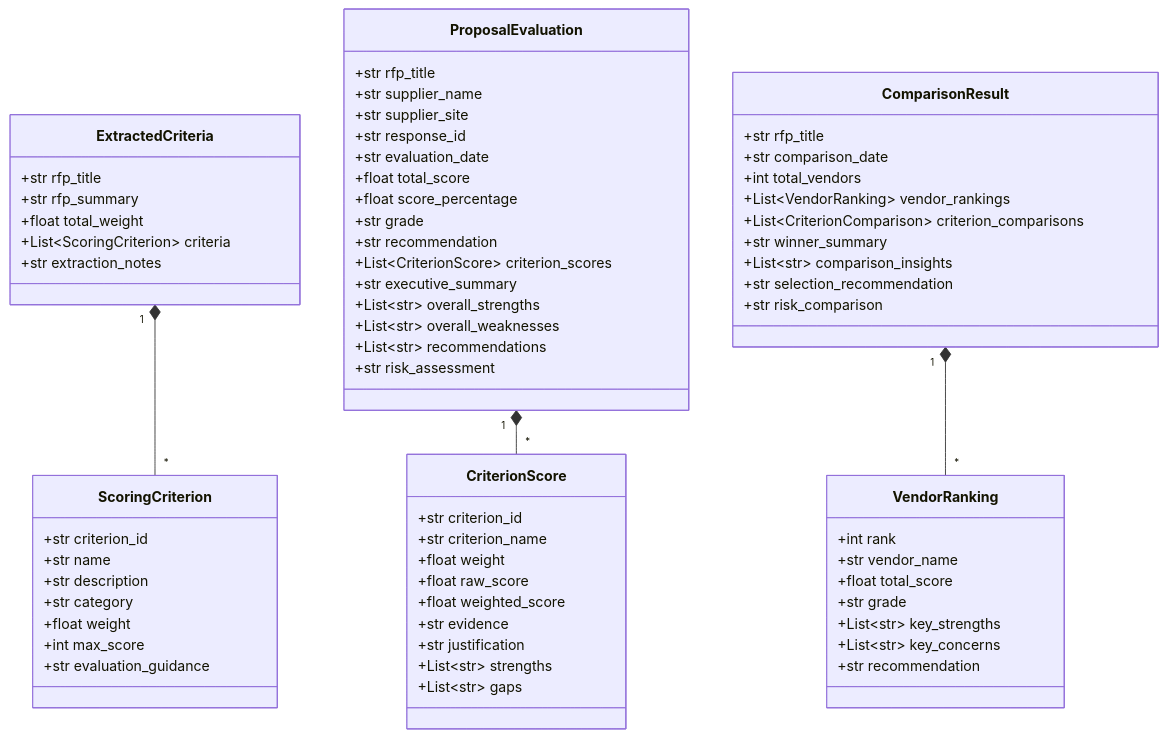
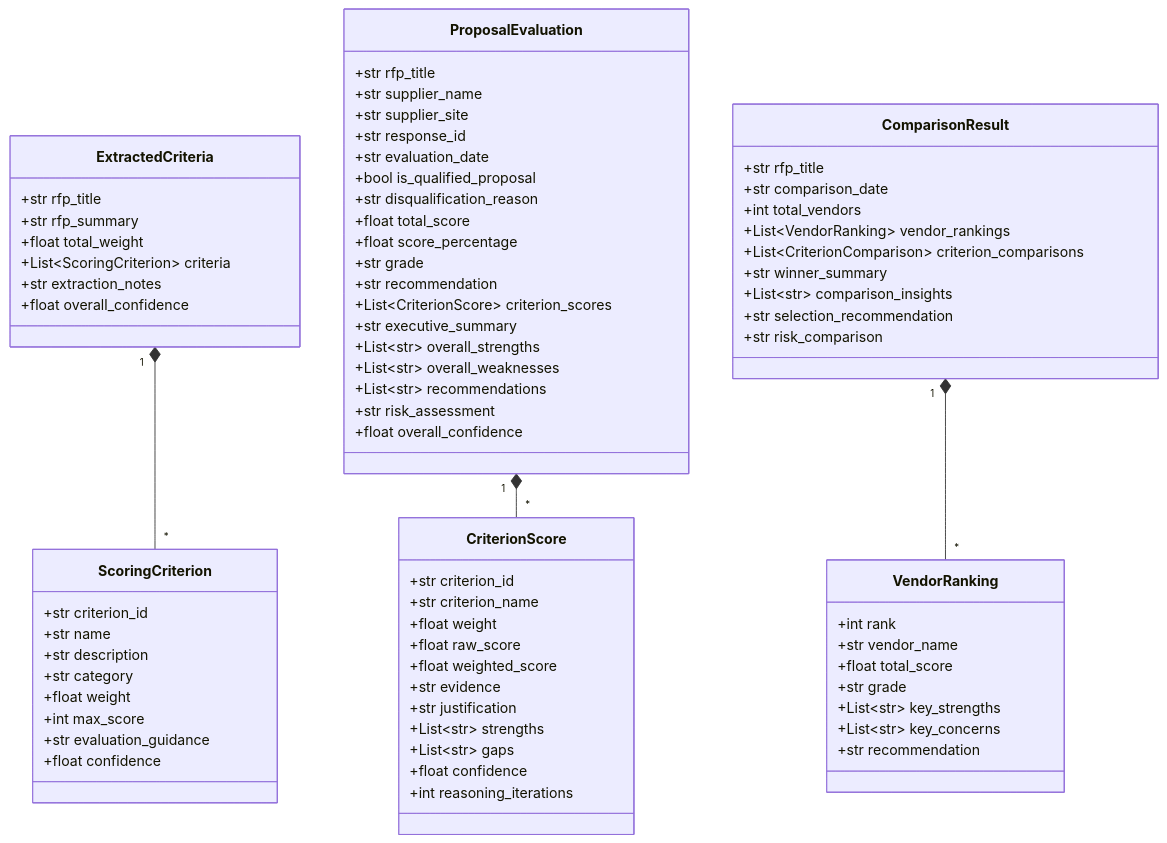
Diagram 21 of 23 in docs/ARCHITECTURE.md (amgdy/rfp-analyzer), drawn with Mermaid before and after one commit. The commit also changed other lines of this file and 5 other files, not shown here.

First line of the commit message:
Fix step1_upload IndentationError, update .env.example, IaC, README, and ARCHITECTURE docs

```diff
--- a/docs/ARCHITECTURE.md
+++ b/docs/ARCHITECTURE.md
@@ -790,6 +829,7 @@
         +float weight
         +int max_score
         +str evaluation_guidance
+        +float confidence
     }
     
     class ExtractedCriteria {
@@ -798,6 +838,7 @@
         +float total_weight
         +List~ScoringCriterion~ criteria
         +str extraction_notes
+        +float overall_confidence
     }
     
     class CriterionScore {
@@ -810,6 +851,8 @@
         +str justification
         +List~str~ strengths
         +List~str~ gaps
+        +float confidence
+        +int reasoning_iterations
     }
     
     class ProposalEvaluation {
@@ -818,6 +861,8 @@
         +str supplier_site
         +str response_id
         +str evaluation_date
+        +bool is_qualified_proposal
+        +str disqualification_reason
         +float total_score
         +float score_percentage
         +str grade
@@ -828,6 +873,7 @@
         +List~str~ overall_weaknesses
         +List~str~ recommendations
         +str risk_assessment
+        +float overall_confidence
     }
     
     class VendorRanking {
```
